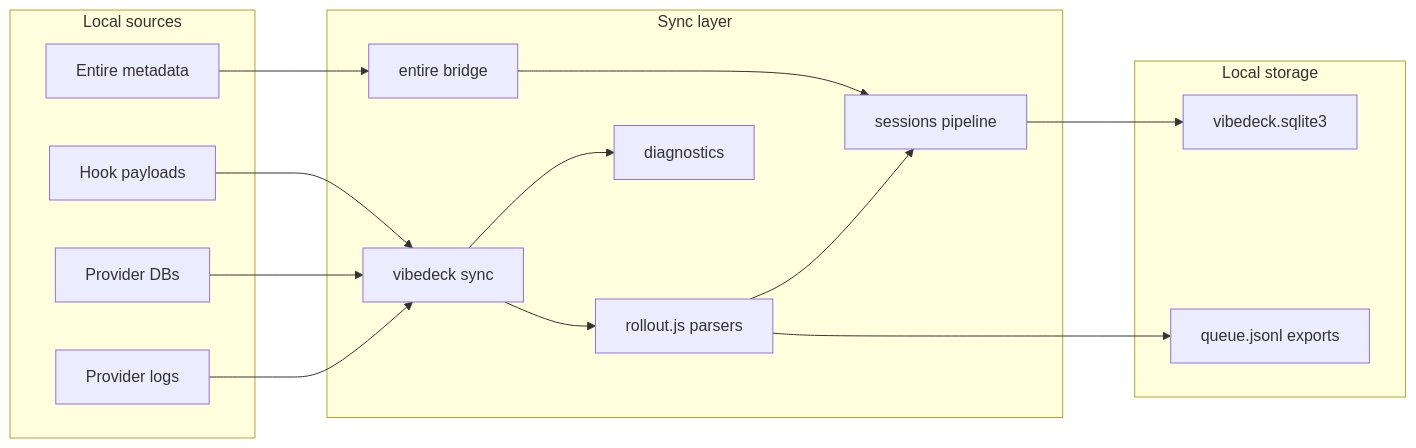
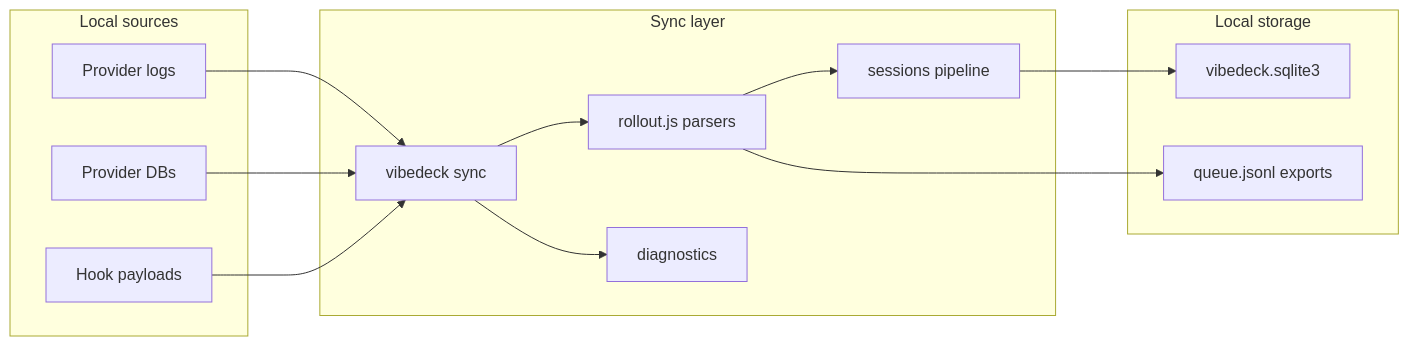
Before and after one commit to ivasuy/VibeDeck: the second of 11 diagrams in docs/ARCHITECTURE.md, drawn with Mermaid. The commit also changed other lines of this file and 50 other files, not shown here.

````diff
--- a/docs/ARCHITECTURE.md
+++ b/docs/ARCHITECTURE.md
@@ -65,34 +63,30 @@
 ```mermaid
 %%{init: {"flowchart": {"nodeSpacing": 48, "rankSpacing": 72, "curve": "basis"}} }%%
 flowchart LR
   subgraph Sources["Local sources"]
     ProviderLogs["Provider logs"]
     ProviderDBs["Provider DBs"]
     HookPayloads["Hook payloads"]
-    EntireStore["Entire metadata"]
   end
 
   subgraph SyncLayer["Sync layer"]
     Sync["vibedeck sync"]
     Rollout["rollout.js parsers"]
     Events["sessions pipeline"]
-    EntireBridge["entire bridge"]
     Diagnostics["diagnostics"]
   end
 
   subgraph Storage["Local storage"]
     SQLite["vibedeck.sqlite3"]
     Queues["queue.jsonl exports"]
   end
 
   ProviderLogs --> Sync
   ProviderDBs --> Sync
   HookPayloads --> Sync
-  EntireStore --> EntireBridge
   Sync --> Rollout
   Rollout --> Events
-  EntireBridge --> Events
   Events --> SQLite
   Rollout --> Queues
   Sync --> Diagnostics
 ```
````
